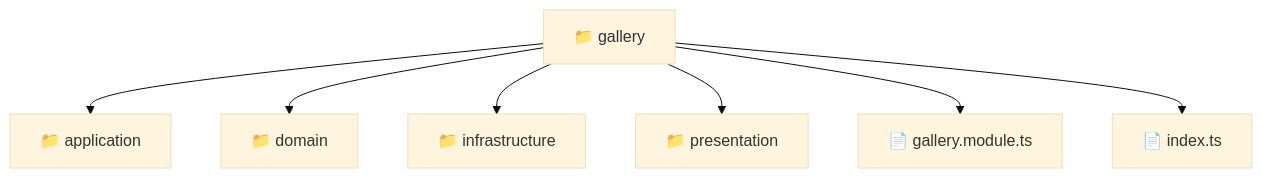
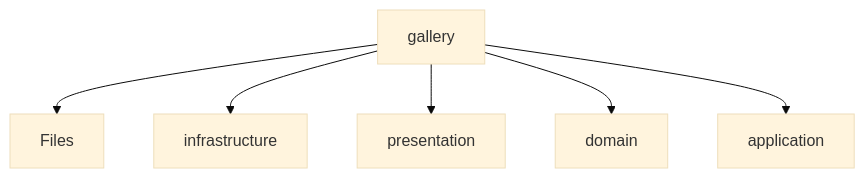
One commit to beginwebdev2002/fullstack-mavluda changed the diagram in backend/src/modules/gallery/README.md. Above: the diagram before and after it, drawn with Mermaid (base theme). The commit also changed other lines of this file and 163 other files, not shown here.

First line of the commit message:
feat: autogenerate localized directory readmes for architectural transparency

````diff
--- a/backend/src/modules/gallery/README.md
+++ b/backend/src/modules/gallery/README.md
@@ -9,10 +10,8 @@
 ```mermaid
 graph TD
-  Root["📁 gallery"]
-  Root --> application["📁 application"]
-  Root --> domain["📁 domain"]
-  Root --> infrastructure["📁 infrastructure"]
-  Root --> presentation["📁 presentation"]
-  Root --> gallery_module_ts["📄 gallery.module.ts"]
-  Root --> index_ts["📄 index.ts"]
+    gallery[gallery] --> Files
+    gallery --> infrastructure[infrastructure]
+    gallery --> presentation[presentation]
+    gallery --> domain[domain]
+    gallery --> application[application]
 ```
````
